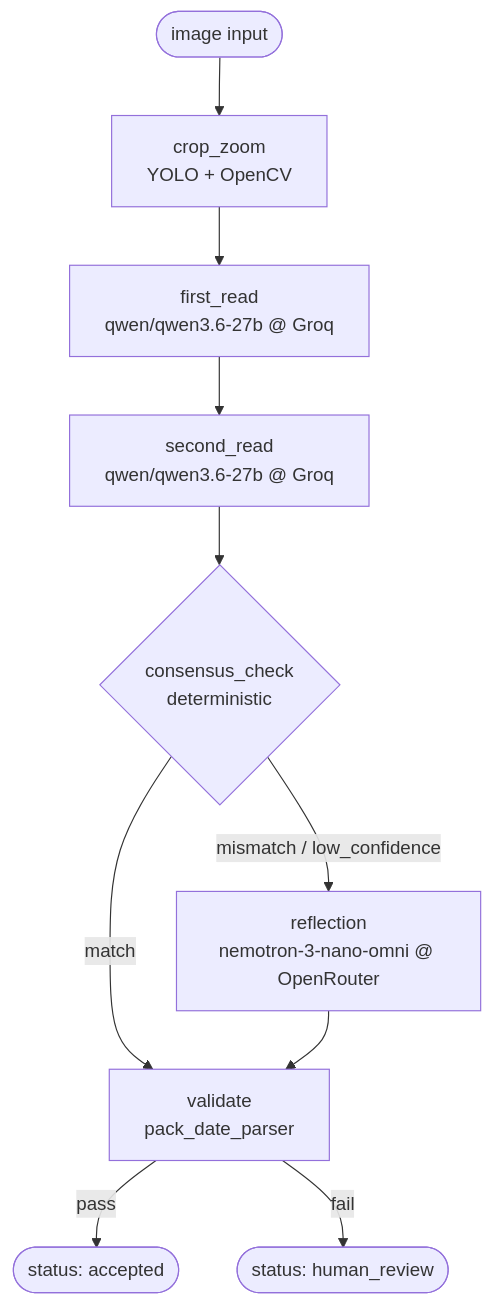
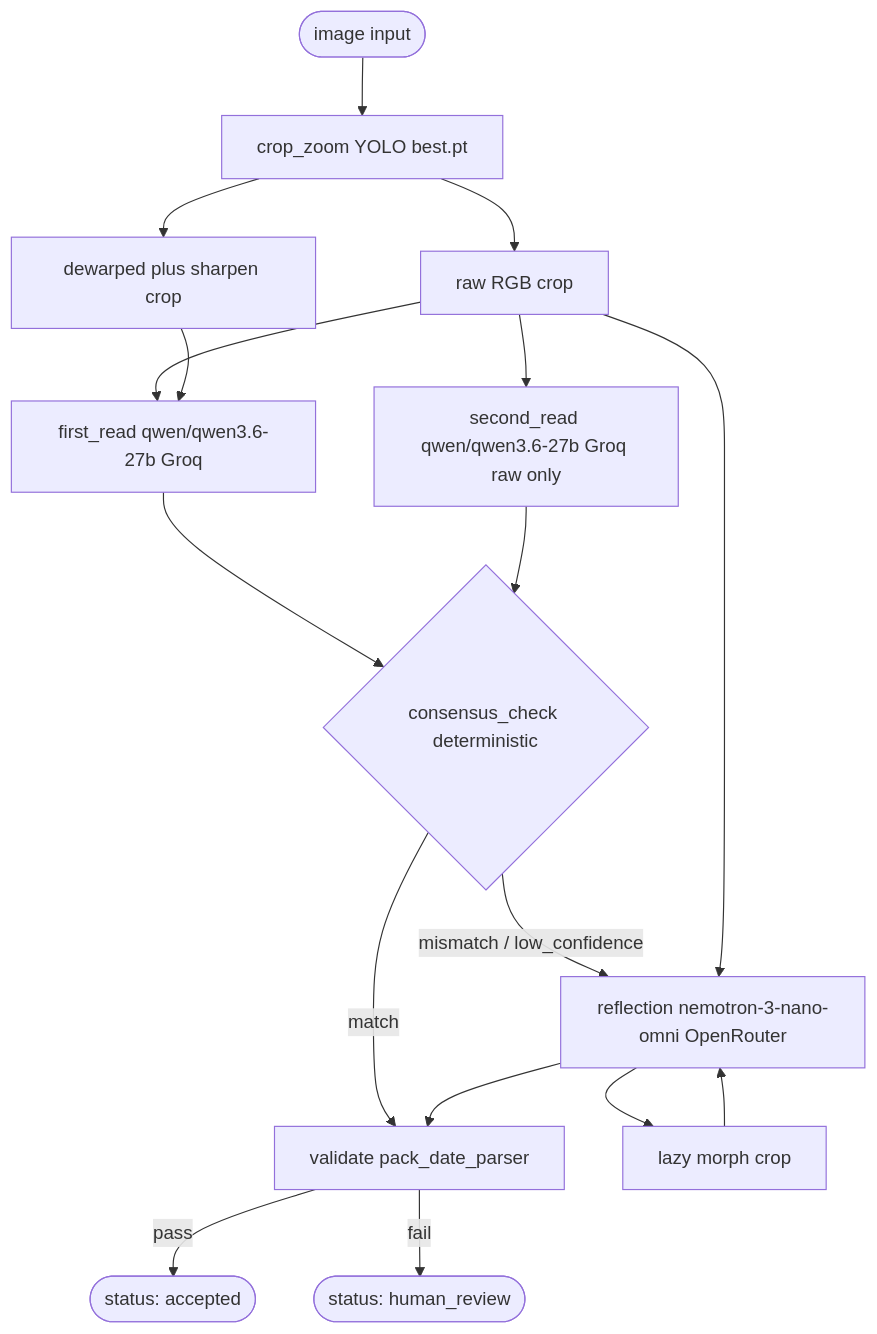
Before and after one commit to tharun7nivek/MEDICINE-EXPIRY-PROJECT: the second of 2 diagrams in AGENTIC_MEDICINE_PROJECT/docs/yolo_first_v2.md, drawn with Mermaid. The commit also changed other lines of this file and 50 other files, not shown here.

Commit message:
updated architecture design with dewarping and morphing

````diff
--- a/AGENTIC_MEDICINE_PROJECT/docs/yolo_first_v2.md
+++ b/AGENTIC_MEDICINE_PROJECT/docs/yolo_first_v2.md
@@ -55,12 +57,19 @@
 ```mermaid
 flowchart TD
-  START([image input]) --> CZ["crop_zoom<br/>YOLO + OpenCV"]
-  CZ --> FR["first_read<br/>qwen/qwen3.6-27b @ Groq"]
-  FR --> SR["second_read<br/>qwen/qwen3.6-27b @ Groq"]
-  SR --> CC{"consensus_check<br/>deterministic"}
-  CC -->|match| VAL["validate<br/>pack_date_parser"]
-  CC -->|mismatch / low_confidence| REF["reflection<br/>nemotron-3-nano-omni @ OpenRouter"]
+  START([image input]) --> CZ["crop_zoom YOLO best.pt"]
+  CZ --> RAW["raw RGB crop"]
+  CZ --> DW["dewarped plus sharpen crop"]
+  RAW --> FR["first_read qwen/qwen3.6-27b Groq"]
+  DW --> FR
+  RAW --> SR["second_read qwen/qwen3.6-27b Groq raw only"]
+  FR --> CC{"consensus_check deterministic"}
+  SR --> CC
+  CC -->|match| VAL["validate pack_date_parser"]
+  CC -->|mismatch / low_confidence| REF["reflection nemotron-3-nano-omni OpenRouter"]
+  RAW --> REF
+  REF --> MORPH["lazy morph crop"]
+  MORPH --> REF
   REF --> VAL
   VAL -->|pass| OK([status: accepted])
   VAL -->|fail| HR([status: human_review])
 ```
````
